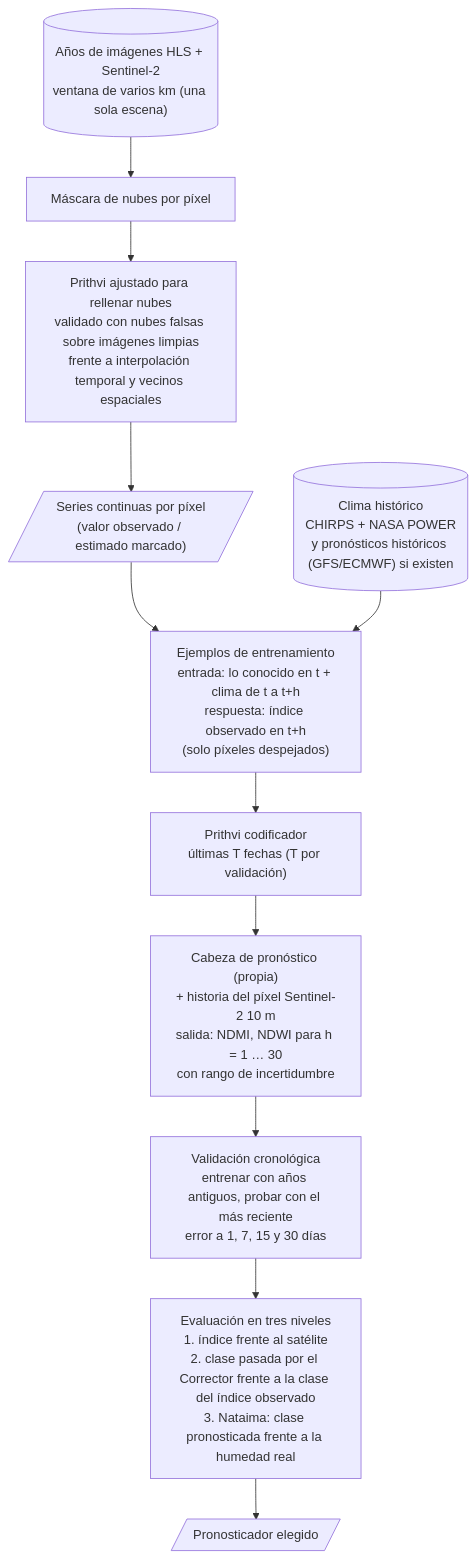
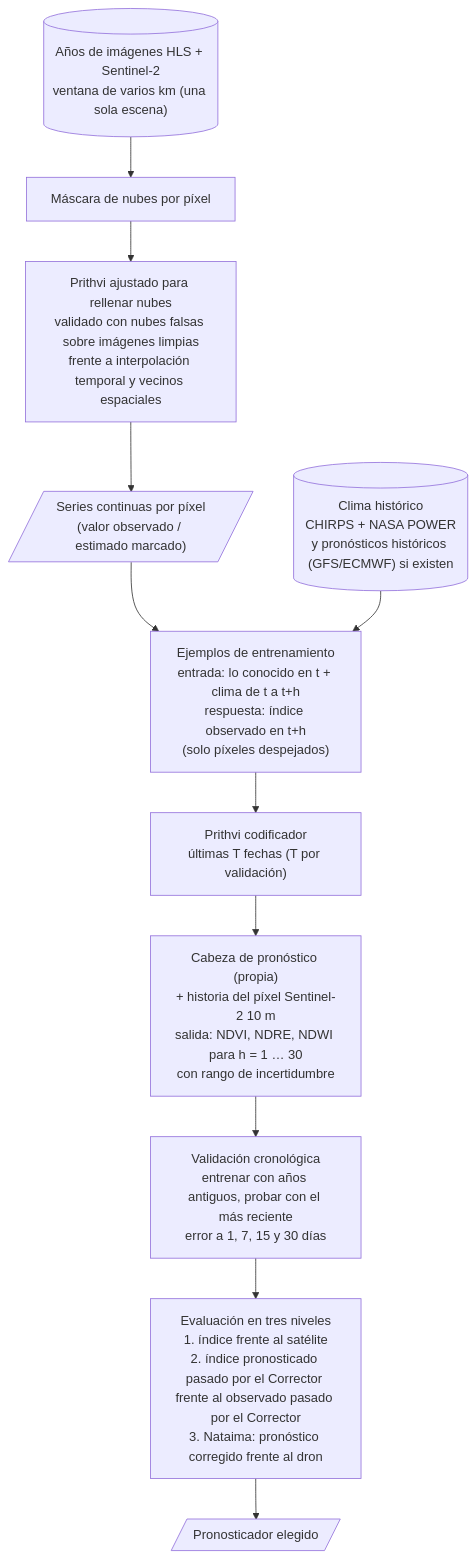
Before and after one commit to GomSal/SIRA: the second of 3 diagrams in docs/informe_preliminar.md, drawn with Mermaid. The commit also changed other lines of this file, not shown here.

Commit message:
Informe preliminar reestructurado: nueva variable de interés del modelo B (corrector satélite→dron) con esquema entrenamiento/validación/prueba anidado por temporada y modelos candidatos; bitácora de pruebas

````diff
--- a/docs/informe_preliminar.md
+++ b/docs/informe_preliminar.md
@@ -175,15 +260,15 @@
 ```mermaid
 flowchart TB
   HIST[("Años de imágenes HLS + Sentinel-2<br/>ventana de varios km (una sola escena)")]
   CLIH[("Clima histórico<br/>CHIRPS + NASA POWER<br/>y pronósticos históricos (GFS/ECMWF) si existen")]
   HIST --> NUBE["Máscara de nubes por píxel"]
   NUBE --> GAP["Prithvi ajustado para rellenar nubes<br/>validado con nubes falsas sobre imágenes limpias<br/>frente a interpolación temporal y vecinos espaciales"]
   GAP --> SERIE[/"Series continuas por píxel<br/>(valor observado / estimado marcado)"/]
   SERIE --> EJ["Ejemplos de entrenamiento<br/>entrada: lo conocido en t + clima de t a t+h<br/>respuesta: índice observado en t+h<br/>(solo píxeles despejados)"]
   CLIH --> EJ
   EJ --> ENC["Prithvi codificador<br/>últimas T fechas (T por validación)"]
-  ENC --> CAB["Cabeza de pronóstico (propia)<br/>+ historia del píxel Sentinel-2 10 m<br/>salida: NDMI, NDWI para h = 1 … 30<br/>con rango de incertidumbre"]
+  ENC --> CAB["Cabeza de pronóstico (propia)<br/>+ historia del píxel Sentinel-2 10 m<br/>salida: NDVI, NDRE, NDWI para h = 1 … 30<br/>con rango de incertidumbre"]
   CAB --> VALA["Validación cronológica<br/>entrenar con años antiguos, probar con el más reciente<br/>error a 1, 7, 15 y 30 días"]
-  VALA --> TRES["Evaluación en tres niveles<br/>1. índice frente al satélite<br/>2. clase pasada por el Corrector frente a la clase del índice observado<br/>3. Nataima: clase pronosticada frente a la humedad real"]
+  VALA --> TRES["Evaluación en tres niveles<br/>1. índice frente al satélite<br/>2. índice pronosticado pasado por el Corrector frente al observado pasado por el Corrector<br/>3. Nataima: pronóstico corregido frente al dron"]
   TRES --> PSEL[/"Pronosticador elegido"/]
 ```
````
